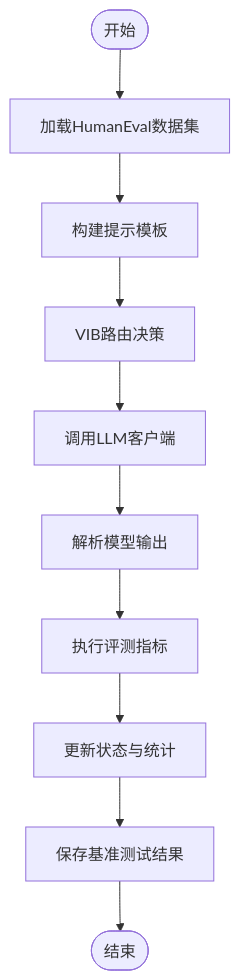
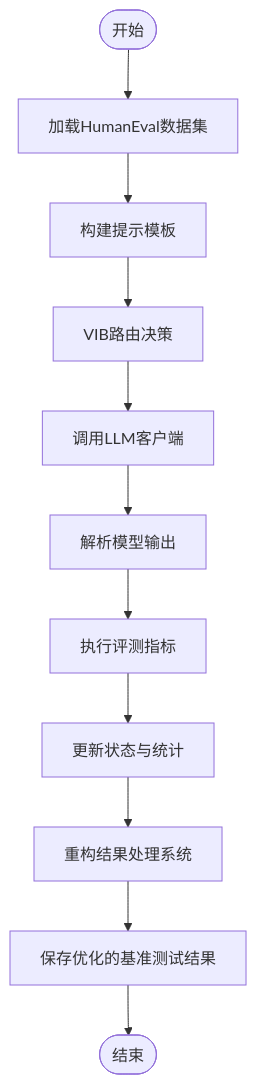
Before and after one commit to QuStarry/VIB-SparseCommunication: the sixth of 9 diagrams in .qoder/repowiki/zh/content/核心架构/实验框架/HumanEval基准测试.md, drawn with Mermaid. The commit also changed other lines of this file and 31 other files, not shown here.

````diff
--- a/.qoder/repowiki/zh/content/核心架构/实验框架/HumanEval基准测试.md
+++ b/.qoder/repowiki/zh/content/核心架构/实验框架/HumanEval基准测试.md
@@ -198,12 +204,13 @@
 ```mermaid
 flowchart TD
 Start(["开始"]) --> LoadData["加载HumanEval数据集"]
 LoadData --> BuildPrompt["构建提示模板"]
 BuildPrompt --> Route["VIB路由决策"]
 Route --> CallLLM["调用LLM客户端"]
 CallLLM --> ParseResp["解析模型输出"]
 ParseResp --> Evaluate["执行评测指标"]
 Evaluate --> UpdateState["更新状态与统计"]
-UpdateState --> SaveResults["保存基准测试结果"]
+UpdateState --> ProcessResults["重构结果处理系统"]
+ProcessResults --> SaveResults["保存优化的基准测试结果"]
 SaveResults --> End(["结束"])
 ```
````
